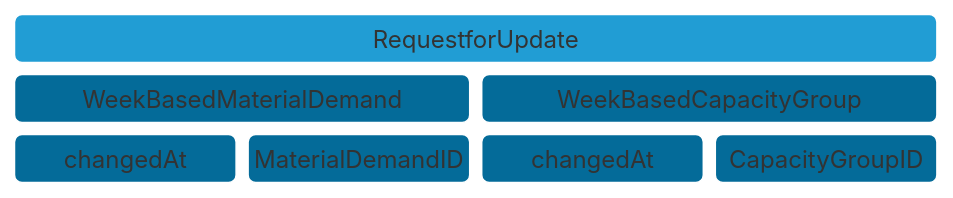
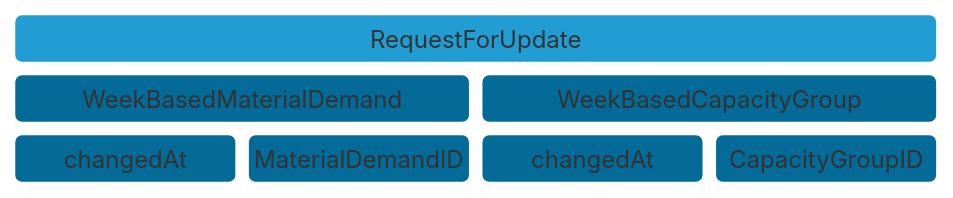
The first of 2 diagrams in docs-kits/kits/demand-and-capacity-management-kit/software-development-view/model-rfu.md (eclipse-tractusx/eclipse-tractusx.github.io), drawn with Mermaid before and after one commit. The commit also changed 1 other file, not shown here.

Commit message:
Fix spelling: demand and capacity management kit

````diff
--- a/docs-kits/kits/demand-and-capacity-management-kit/software-development-view/model-rfu.md
+++ b/docs-kits/kits/demand-and-capacity-management-kit/software-development-view/model-rfu.md
@@ -22,16 +22,16 @@
 ```mermaid
 block-beta
 columns 4
-A("RequestforUpdate"):4
+A("RequestForUpdate"):4
 B1("WeekBasedMaterialDemand"):2
 B3("WeekBasedCapacityGroup"):2
 C1("changedAt")
 C2("MaterialDemandID")
 C3("changedAt")
 C4("CapacityGroupID")
 
 classDef RfU_must fill:#219dd4,stroke:#FFFFFF,color:#000000
 classDef RfU_optional fill:#046b99,stroke:#FFFFFF,color:#F4F2F3
 class A RfU_must
 class B1,B3,C1,C2,C3,C4 RfU_optional
 ```
````
